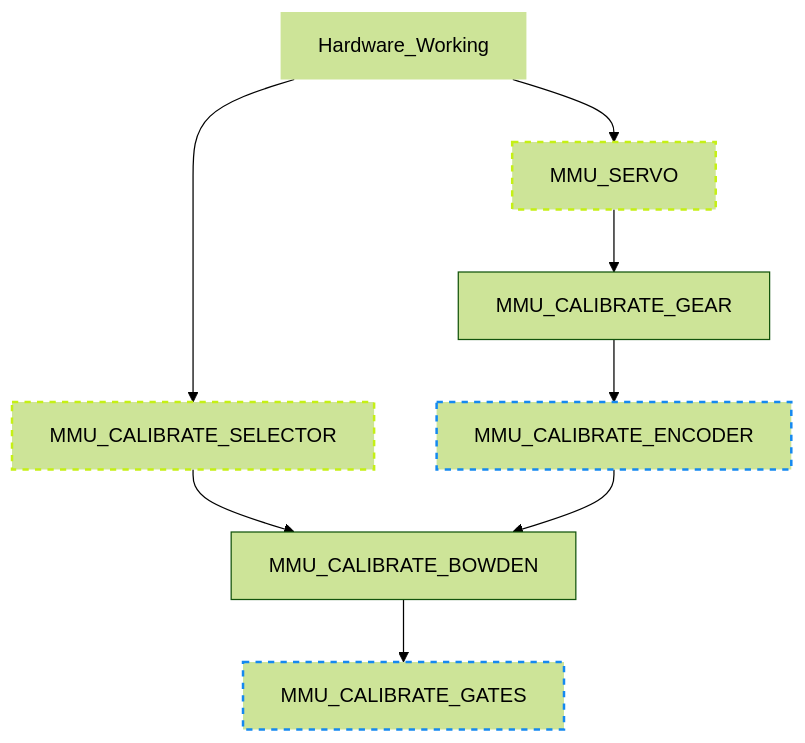
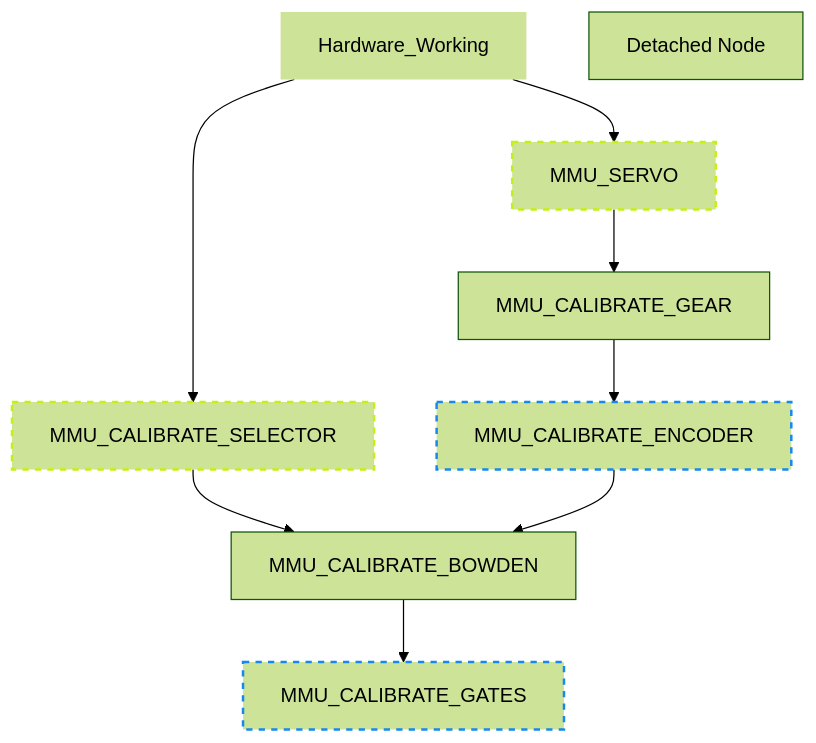
One commit to 3DCoded/Happy-Hare changed the diagram in MMU-Calibration.md. Above: the diagram before and after it, drawn with Mermaid (forest theme).

````diff
--- a/MMU-Calibration.md
+++ b/MMU-Calibration.md
@@ -22,16 +22,18 @@
 ```mermaid
 graph TD;
     Hardware_Working --> MMU_SERVO
     Hardware_Working --> MMU_CALIBRATE_SELECTOR
     MMU_CALIBRATE_SELECTOR --> MMU_CALIBRATE_BOWDEN
     MMU_SERVO --> MMU_CALIBRATE_GEAR
     MMU_CALIBRATE_GEAR --> MMU_CALIBRATE_ENCODER
     MMU_CALIBRATE_ENCODER --> MMU_CALIBRATE_BOWDEN
     MMU_CALIBRATE_BOWDEN --> MMU_CALIBRATE_GATES
 
-style Hardware_Working stroke-width:0px
-style MMU_SERVO stroke-dasharray: 5 5, stroke:#c5f015, stroke-width:2px
-style MMU_CALIBRATE_SELECTOR stroke-dasharray: 5 5, stroke:#c5f015, stroke-width:2px
-style MMU_CALIBRATE_ENCODER stroke-dasharray: 5 5, stroke:#1589f0, stroke-width:2px
-style MMU_CALIBRATE_GATES stroke-dasharray: 5 5, stroke:#1589f0, stroke-width:2px
+    DETACHED_NODE["Detached Node"]
+
+    style Hardware_Working stroke-width:0px
+    style MMU_SERVO stroke-dasharray: 5 5, stroke:#c5f015, stroke-width:2px
+    style MMU_CALIBRATE_SELECTOR stroke-dasharray: 5 5, stroke:#c5f015, stroke-width:2px
+    style MMU_CALIBRATE_ENCODER stroke-dasharray: 5 5, stroke:#1589f0, stroke-width:2px
+    style MMU_CALIBRATE_GATES stroke-dasharray: 5 5, stroke:#1589f0, stroke-width:2px
 ```
````
